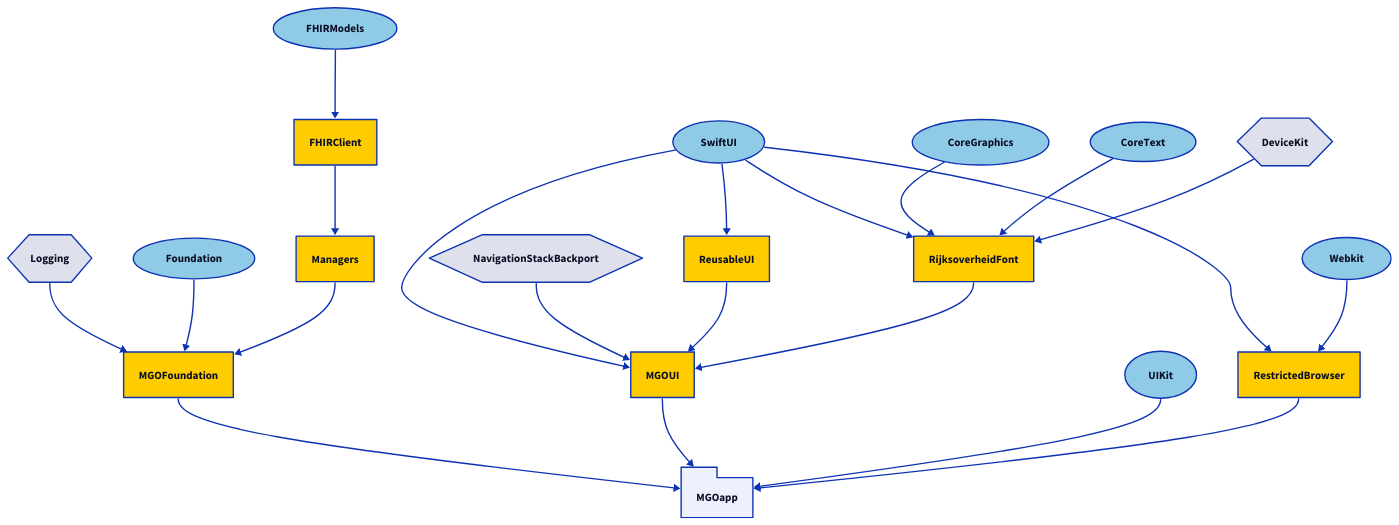
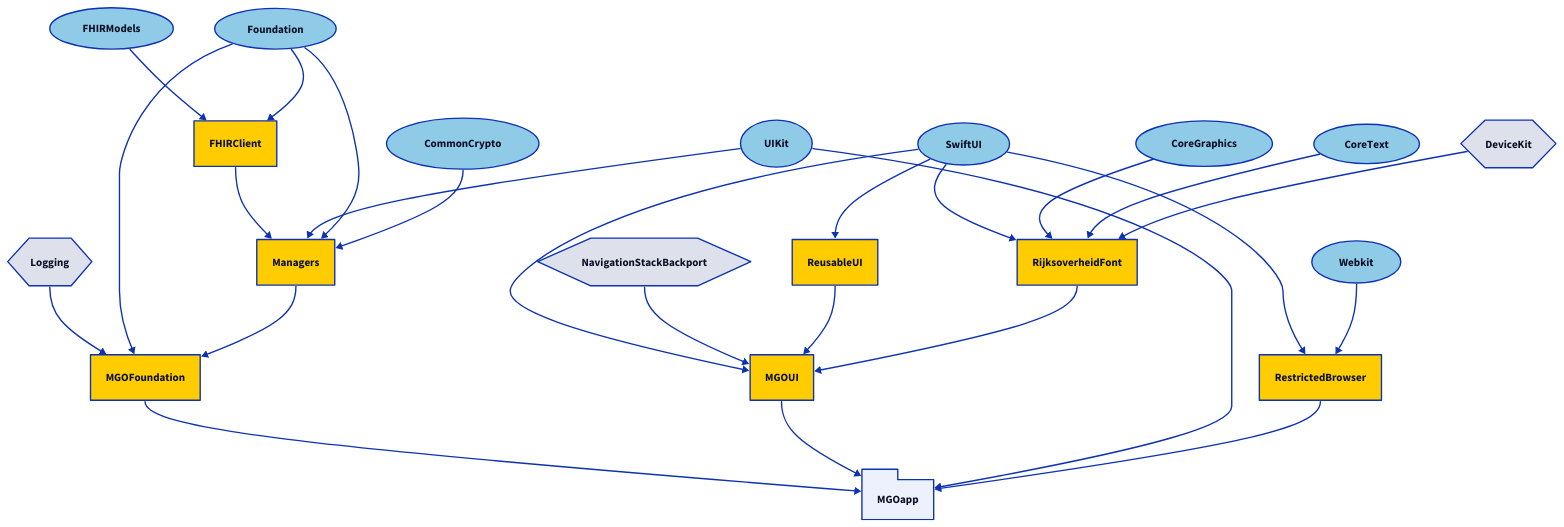
The diagram in Diagrams/packages-withouttests.d2 (minvws/nl-mgo-app-ios), drawn with D2 before and after one commit. The commit also changed 9 other files, not shown here.

```diff
--- a/Diagrams/packages-withouttests.d2
+++ b/Diagrams/packages-withouttests.d2
@@ -1,85 +1,93 @@
 direction: down
 
 # Apple
 UIKit: {
   shape: oval
   style.fill: "#8FCAE7"
 }
 SwiftUI: {
   shape: oval
   style.fill: "#8FCAE7"
 }
 Webkit: {
   shape: oval
   style.fill: "#8FCAE7"
 }
 Foundation: {
+  shape: oval
+  style.fill: "#8FCAE7"
+}
+CommonCrypto: {
   shape: oval
   style.fill: "#8FCAE7"
 }
 CoreGraphics: {
   shape: oval
   style.fill: "#8FCAE7"
 }
 CoreText: {
   shape: oval
   style.fill: "#8FCAE7"
 }
 FHIRModels: {
   shape: oval
   style.fill: "#8FCAE7"
 }
 
 # Third-Party
 NavigationStackBackport: {
   shape: hexagon
 }
 Logging: {
   shape: hexagon
 }
 DeviceKit: {
   shape: hexagon
 }
 
 # The application
 
 MGOapp: {
   shape: package
 }
 
 MGOapp <- MGOFoundation
 MGOapp <- MGOUI
 MGOapp <- UIKit
 MGOapp <- RestrictedBrowser
 
 # - Packages -
 
 MGOFoundation { style.fill: "#ffcc00" }
 MGOFoundation <- Logging
 MGOFoundation <- Foundation
 MGOFoundation <- Managers
 
 MGOUI { style.fill: "#ffcc00" }
 MGOUI <- SwiftUI
 MGOUI <- NavigationStackBackport
 MGOUI <- ReusableUI
 MGOUI <- RijksoverheidFont
 
 Managers { style.fill: "#ffcc00" }
 Managers <- FHIRClient
+Managers <- UIKit
+Managers <- Foundation
+Managers <- CommonCrypto
 
 RijksoverheidFont { style.fill: "#ffcc00" }
 RijksoverheidFont <- SwiftUI
 RijksoverheidFont <- CoreGraphics
 RijksoverheidFont <- CoreText
 RijksoverheidFont <- DeviceKit
 
 ReusableUI { style.fill: "#ffcc00" }
 ReusableUI <- SwiftUI
 
 FHIRClient { style.fill: "#ffcc00" }
 FHIRClient <- FHIRModels
+FHIRClient <- Foundation
 
 RestrictedBrowser { style.fill: "#ffcc00" }
 RestrictedBrowser <- SwiftUI
 RestrictedBrowser <- WebKit
```
